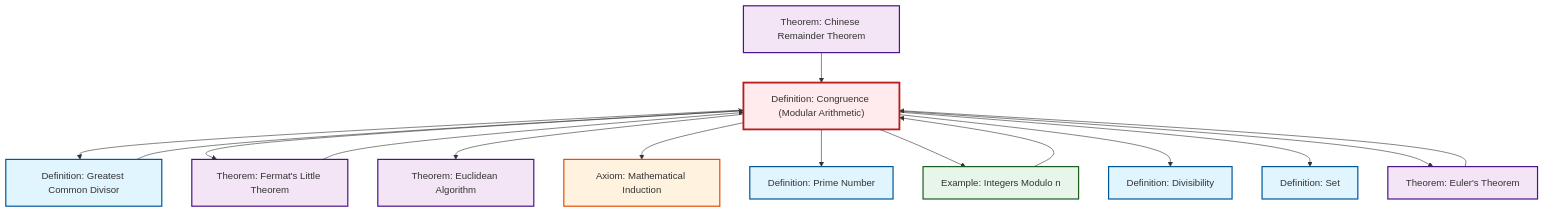
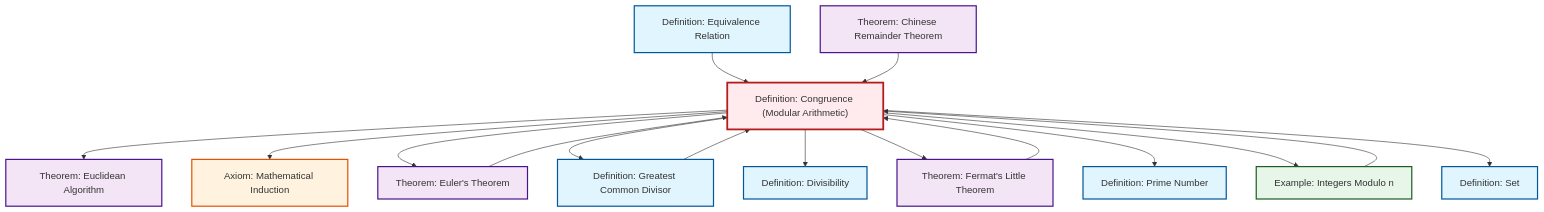
The diagram in content/en/number-theory/def-congruence.qmd (RK0429/ModernMath), drawn with Mermaid before and after one commit. The commit also changed other lines of this file and 554 other files, not shown here.

````diff
--- a/content/en/number-theory/def-congruence.qmd
+++ b/content/en/number-theory/def-congruence.qmd
@@ -122,45 +123,48 @@
 ```{mermaid}
 %%| fig-cap: "Local dependency graph"
 graph TD
     classDef definition fill:#e1f5fe,stroke:#01579b,stroke-width:2px
     classDef theorem fill:#f3e5f5,stroke:#4a148c,stroke-width:2px
     classDef axiom fill:#fff3e0,stroke:#e65100,stroke-width:2px
     classDef example fill:#e8f5e9,stroke:#1b5e20,stroke-width:2px
     classDef current fill:#ffebee,stroke:#b71c1c,stroke-width:3px
+    ax-induction["Axiom: Mathematical Induction"]:::axiom
+    def-prime["Definition: Prime Number"]:::definition
     thm-chinese-remainder["Theorem: Chinese Remainder Theorem"]:::theorem
     def-divisibility["Definition: Divisibility"]:::definition
+    ex-quotient-integers-mod-n["Example: Integers Modulo n"]:::example
+    thm-euler["Theorem: Euler's Theorem"]:::theorem
     def-set["Definition: Set"]:::definition
-    ax-induction["Axiom: Mathematical Induction"]:::axiom
-    thm-euler["Theorem: Euler's Theorem"]:::theorem
+    def-equivalence-relation["Definition: Equivalence Relation"]:::definition
     thm-fermat-little["Theorem: Fermat's Little Theorem"]:::theorem
     def-congruence["Definition: Congruence (Modular Arithmetic)"]:::definition
+    thm-euclidean-algorithm["Theorem: Euclidean Algorithm"]:::theorem
     def-gcd["Definition: Greatest Common Divisor"]:::definition
-    ex-quotient-integers-mod-n["Example: Integers Modulo n"]:::example
-    def-prime["Definition: Prime Number"]:::definition
-    thm-euclidean-algorithm["Theorem: Euclidean Algorithm"]:::theorem
+    def-congruence --> thm-euclidean-algorithm
+    thm-fermat-little --> def-congruence
+    def-gcd --> def-congruence
+    def-congruence --> ax-induction
+    def-congruence --> thm-euler
+    def-equivalence-relation --> def-congruence
+    thm-euler --> def-congruence
+    ex-quotient-integers-mod-n --> def-congruence
     def-congruence --> def-gcd
+    def-congruence --> def-divisibility
     def-congruence --> thm-fermat-little
-    def-gcd --> def-congruence
-    thm-chinese-remainder --> def-congruence
-    def-congruence --> thm-euclidean-algorithm
-    def-congruence --> ax-induction
     def-congruence --> def-prime
     def-congruence --> ex-quotient-integers-mod-n
-    thm-fermat-little --> def-congruence
-    ex-quotient-integers-mod-n --> def-congruence
-    def-congruence --> def-divisibility
     def-congruence --> def-set
-    thm-euler --> def-congruence
-    def-congruence --> thm-euler
+    thm-chinese-remainder --> def-congruence
     class def-congruence current
+    click ax-induction "ax-induction.html" "Go to Mathematical Induction axiom"
+    click def-prime "def-prime.html" "Go to Prime Number definition"
     click thm-chinese-remainder "thm-chinese-remainder.html" "Go to Chinese Remainder Theorem theorem"
     click def-divisibility "def-divisibility.html" "Go to Divisibility definition"
+    click ex-quotient-integers-mod-n "ex-quotient-integers-mod-n.html" "Go to Integers Modulo n example"
+    click thm-euler "thm-euler.html" "Go to Euler's Theorem theorem"
     click def-set "def-set.html" "Go to Set definition"
-    click ax-induction "ax-induction.html" "Go to Mathematical Induction axiom"
-    click thm-euler "thm-euler.html" "Go to Euler's Theorem theorem"
+    click def-equivalence-relation "def-equivalence-relation.html" "Go to Equivalence Relation definition"
     click thm-fermat-little "thm-fermat-little.html" "Go to Fermat's Little Theorem theorem"
+    click thm-euclidean-algorithm "thm-euclidean-algorithm.html" "Go to Euclidean Algorithm theorem"
     click def-gcd "def-gcd.html" "Go to Greatest Common Divisor definition"
-    click ex-quotient-integers-mod-n "ex-quotient-integers-mod-n.html" "Go to Integers Modulo n example"
-    click def-prime "def-prime.html" "Go to Prime Number definition"
-    click thm-euclidean-algorithm "thm-euclidean-algorithm.html" "Go to Euclidean Algorithm theorem"
 ```
````
